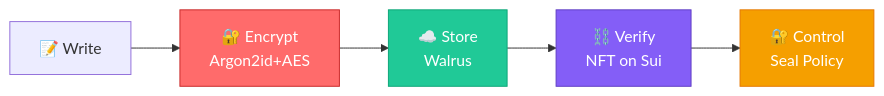
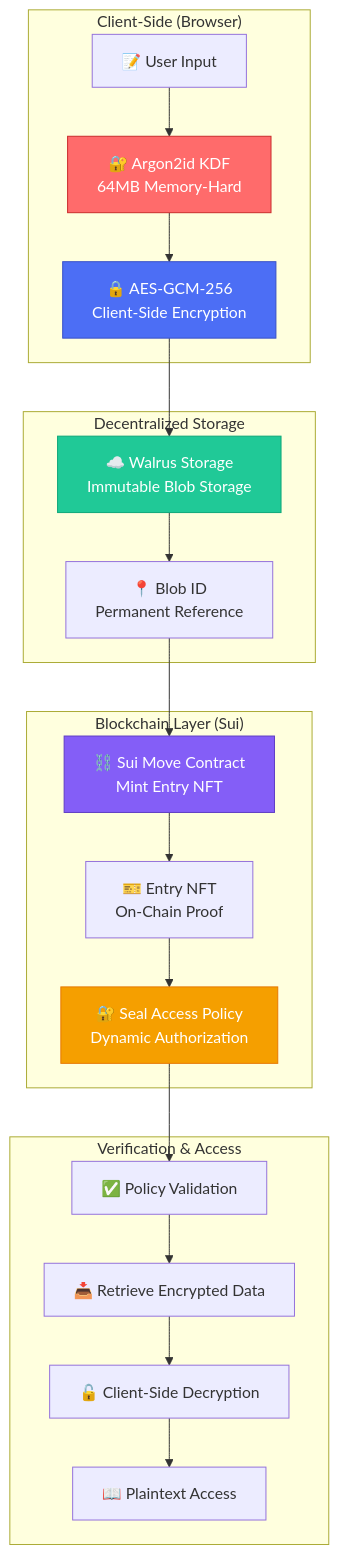
One commit to ww11632/echoma changed the diagram in README.md. Above: the diagram before and after it, drawn with Mermaid. The commit also changed other lines of this file, not shown here.

Commit message:
Revise README.md to update the core architecture flowchart, enhancing clarity on client-side encryption, decentralized storage, and blockchain integration. Expand the feature comparison table to highlight echōma's advantages over traditional Web3 diaries, focusing on encryption, access control, and privacy improvements.

````diff
--- a/README.md
+++ b/README.md
@@ -75,12 +77,31 @@
 ```mermaid
-graph LR
-    A[📝 Write] --> B[🔐 Encrypt<br/>Argon2id+AES]
-    B --> C[☁️ Store<br/>Walrus]
-    C --> D[⛓️ Verify<br/>NFT on Sui]
-    D --> E[🔐 Control<br/>Seal Policy]
+graph TB
+    subgraph "Client-Side (Browser)"
+        A[📝 User Input] --> B[🔐 Argon2id KDF<br/>64MB Memory-Hard]
+        B --> C[🔒 AES-GCM-256<br/>Client-Side Encryption]
+    end
+    
+    subgraph "Decentralized Storage"
+        C --> D[☁️ Walrus Storage<br/>Immutable Blob Storage]
+        D --> E[📍 Blob ID<br/>Permanent Reference]
+    end
+    
+    subgraph "Blockchain Layer (Sui)"
+        E --> F[⛓️ Sui Move Contract<br/>Mint Entry NFT]
+        F --> G[🎫 Entry NFT<br/>On-Chain Proof]
+        G --> H[🔐 Seal Access Policy<br/>Dynamic Authorization]
+    end
+    
+    subgraph "Verification & Access"
+        H --> I[✅ Policy Validation]
+        I --> J[📥 Retrieve Encrypted Data]
+        J --> K[🔓 Client-Side Decryption]
+        K --> L[📖 Plaintext Access]
+    end
     
     style B fill:#ff6b6b,stroke:#c92a2a,color:#fff
-    style C fill:#20c997,stroke:#0ca678,color:#fff
-    style D fill:#845ef7,stroke:#5f3dc4,color:#fff
-    style E fill:#f59f00,stroke:#e67700,color:#fff
+    style C fill:#4c6ef5,stroke:#364fc7,color:#fff
+    style D fill:#20c997,stroke:#0ca678,color:#fff
+    style F fill:#845ef7,stroke:#5f3dc4,color:#fff
+    style H fill:#f59f00,stroke:#e67700,color:#fff
 ```
````
